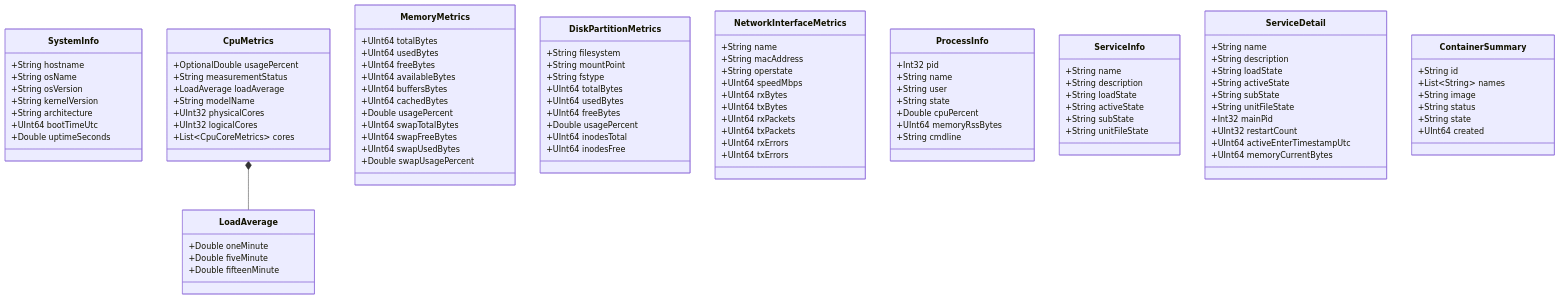
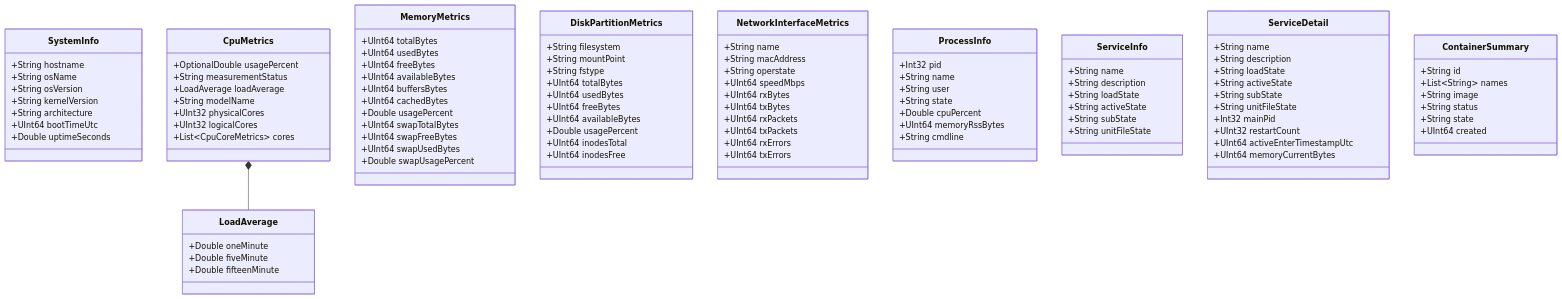
Before and after one commit to Devvfong/nodepulse: the diagram in docs/domain/DOMAIN_MODEL.md, drawn with Mermaid. The commit also changed 19 other files, not shown here.

```diff
--- a/docs/domain/DOMAIN_MODEL.md
+++ b/docs/domain/DOMAIN_MODEL.md
@@ -55,6 +55,7 @@
         +UInt64 totalBytes
         +UInt64 usedBytes
         +UInt64 freeBytes
+        +UInt64 availableBytes
         +Double usagePercent
         +UInt64 inodesTotal
         +UInt64 inodesFree
```
